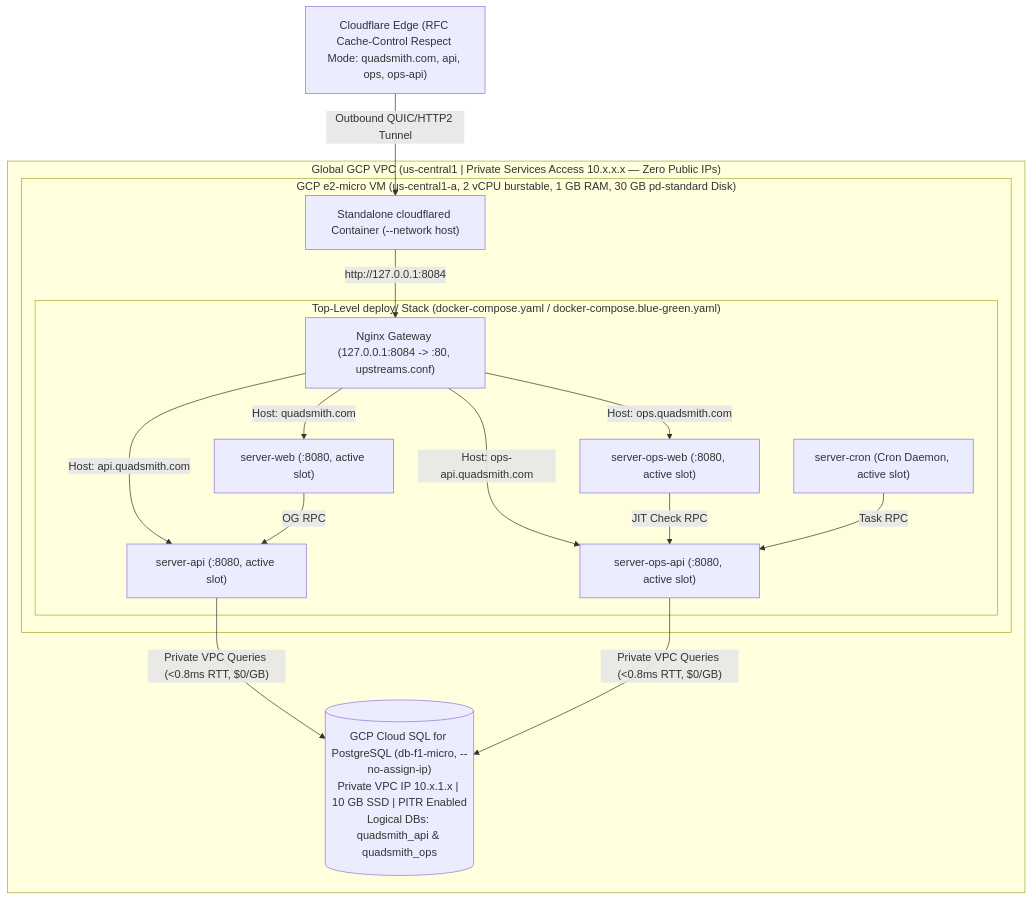
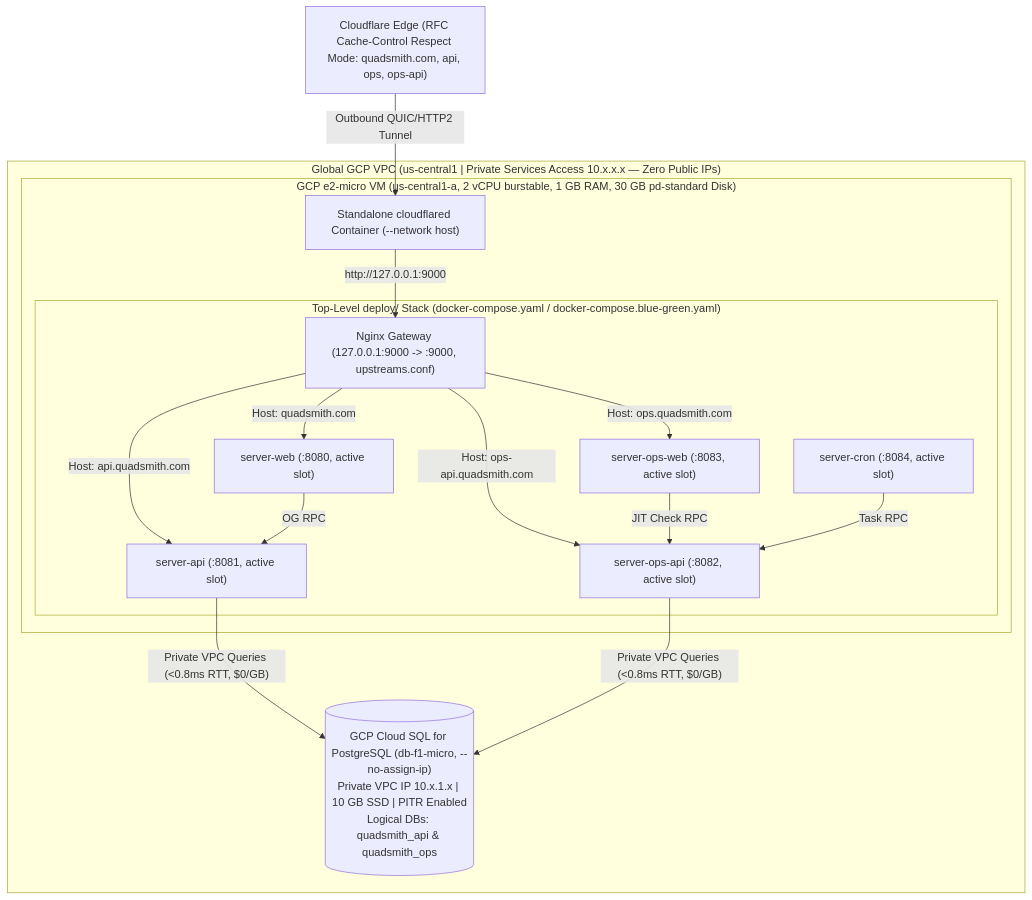
The first of 4 diagrams in plans/deployment_architecture.md (rohitramu/quadsmith), drawn with Mermaid before and after one commit. The commit also changed other lines of this file and 35 other files, not shown here.

First line of the commit message:
Run Nginx gateway on port 9000 and Go servers on ports 8080-8084

````diff
--- a/plans/deployment_architecture.md
+++ b/plans/deployment_architecture.md
@@ -140,35 +140,35 @@
 ```mermaid
 flowchart TD
     CF["Cloudflare Edge (RFC Cache-Control Respect Mode: quadsmith.com, api, ops, ops-api)"]
 
     subgraph VPC["Global GCP VPC (us-central1 | Private Services Access 10.x.x.x — Zero Public IPs)"]
         subgraph VM["GCP e2-micro VM (us-central1-a, 2 vCPU burstable, 1 GB RAM, 30 GB pd-standard Disk)"]
             Tunnel["Standalone cloudflared Container (--network host)"]
 
             subgraph Compose["Top-Level deploy/ Stack (docker-compose.yaml / docker-compose.blue-green.yaml)"]
-                Nginx["Nginx Gateway (127.0.0.1:8084 -> :80, upstreams.conf)"]
+                Nginx["Nginx Gateway (127.0.0.1:9000 -> :9000, upstreams.conf)"]
                 Web["server-web (:8080, active slot)"]
-                API["server-api (:8080, active slot)"]
-                OpsWeb["server-ops-web (:8080, active slot)"]
-                Ops["server-ops-api (:8080, active slot)"]
-                Jobs["server-cron (Cron Daemon, active slot)"]
+                API["server-api (:8081, active slot)"]
+                OpsWeb["server-ops-web (:8083, active slot)"]
+                Ops["server-ops-api (:8082, active slot)"]
+                Jobs["server-cron (:8084, active slot)"]
 
                 Nginx -->|Host: quadsmith.com| Web
                 Nginx -->|Host: api.quadsmith.com| API
                 Nginx -->|Host: ops.quadsmith.com| OpsWeb
                 Nginx -->|Host: ops-api.quadsmith.com| Ops
                 Web -->|OG RPC| API
                 OpsWeb -->|JIT Check RPC| Ops
                 Jobs -->|Task RPC| Ops
             end
 
-            Tunnel -->|http://127.0.0.1:8084| Nginx
+            Tunnel -->|http://127.0.0.1:9000| Nginx
         end
 
         DB[("GCP Cloud SQL for PostgreSQL (db-f1-micro, --no-assign-ip)<br>Private VPC IP 10.x.1.x | 10 GB SSD | PITR Enabled<br>Logical DBs: quadsmith_api & quadsmith_ops")]
     end
 
     CF -->|Outbound QUIC/HTTP2 Tunnel| Tunnel
     API -->|"Private VPC Queries (<0.8ms RTT, $0/GB)"| DB
     Ops -->|"Private VPC Queries (<0.8ms RTT, $0/GB)"| DB
 ```
````
